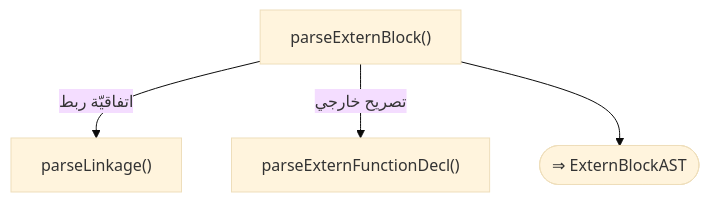
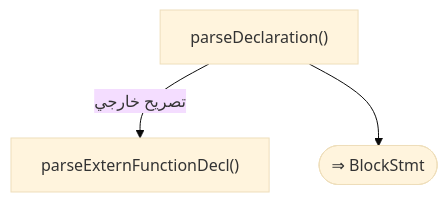
Before and after one commit to sadlang/sadlang: diagram 38 of 55 in docs/parser_rule/_generated/60_advanced.md, drawn with Mermaid (base theme). The commit also changed other lines of this file and 283 other files, not shown here.

````diff
--- a/docs/parser_rule/_generated/60_advanced.md
+++ b/docs/parser_rule/_generated/60_advanced.md
@@ -1193,10 +1274,8 @@
 ```mermaid
 flowchart TD
-  f1["parseExternBlock()"]
-  f2["parseLinkage()"]
-  f1 -- "اتفاقيّة ربط" --> f2
-  f3["parseExternFunctionDecl()"]
-  f1 -- "تصريح خارجي" --> f3
-  f4(["⇒ ExternBlockAST"])
-  f1 --> f4
+  f1["parseDeclaration()"]
+  f2["parseExternFunctionDecl()"]
+  f1 -- "تصريح خارجي" --> f2
+  f3(["⇒ BlockStmt"])
+  f1 --> f3
 ```
````
